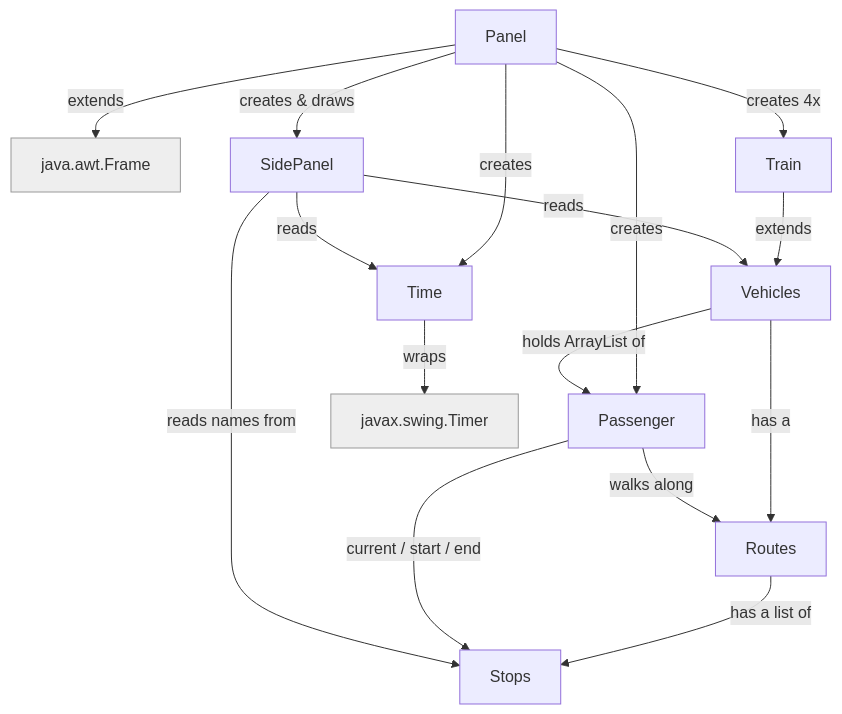
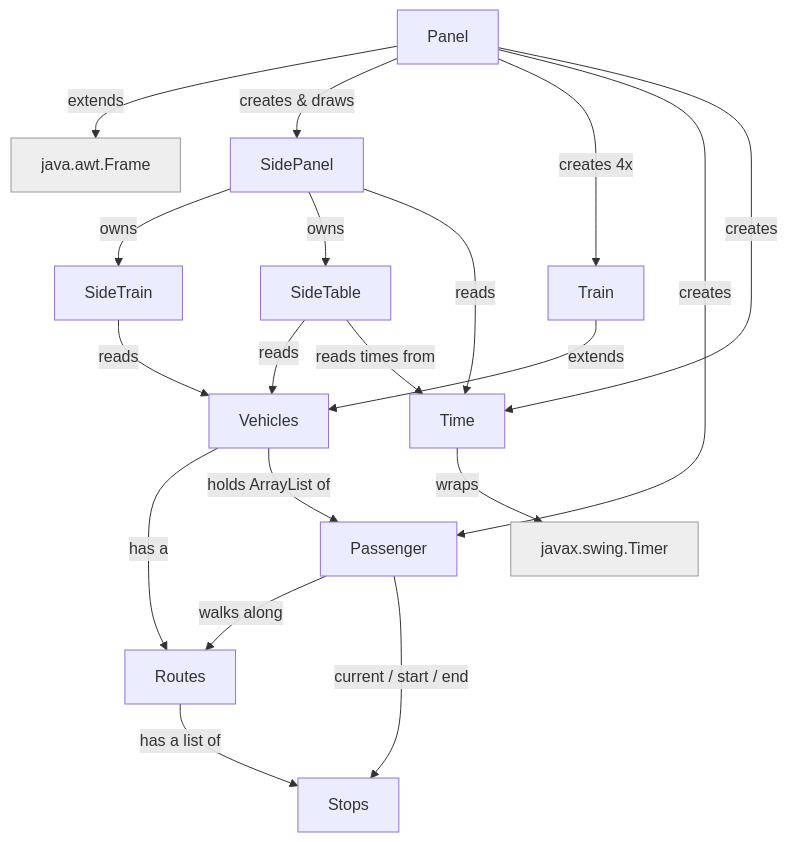
One commit to minwu85/comp2000-project changed the diagram in README.md. Above: the diagram before and after it, drawn with Mermaid. The commit also changed other lines of this file and 17 other files, not shown here.

Commit message:
add: time table connect to train, update display of time and sidePanel

````diff
--- a/README.md
+++ b/README.md
@@ -19,25 +19,28 @@
 ```mermaid
 graph TD
     Frame[java.awt.Frame]:::ext
     Panel -->|extends| Frame
     Panel -->|creates & draws| SidePanel
     Panel -->|creates 4x| Train
     Panel -->|creates| Passenger
     Panel -->|creates| Time
 
     Train -->|extends| Vehicles
     Vehicles -->|has a| Routes
     Vehicles -->|holds ArrayList of| Passenger
     Routes -->|has a list of| Stops
 
     Passenger -->|walks along| Routes
     Passenger -->|current / start / end| Stops
 
-    SidePanel -->|reads| Vehicles
+    SidePanel -->|owns| SideTrain
+    SidePanel -->|owns| SideTable
     SidePanel -->|reads| Time
-    SidePanel -->|reads names from| Stops
+    SideTrain -->|reads| Vehicles
+    SideTable -->|reads| Vehicles
+    SideTable -->|reads times from| Time
 
     Time -->|wraps| Timer[javax.swing.Timer]:::ext
 
     classDef ext fill:#eee,stroke:#999,color:#333;
 ```
````
